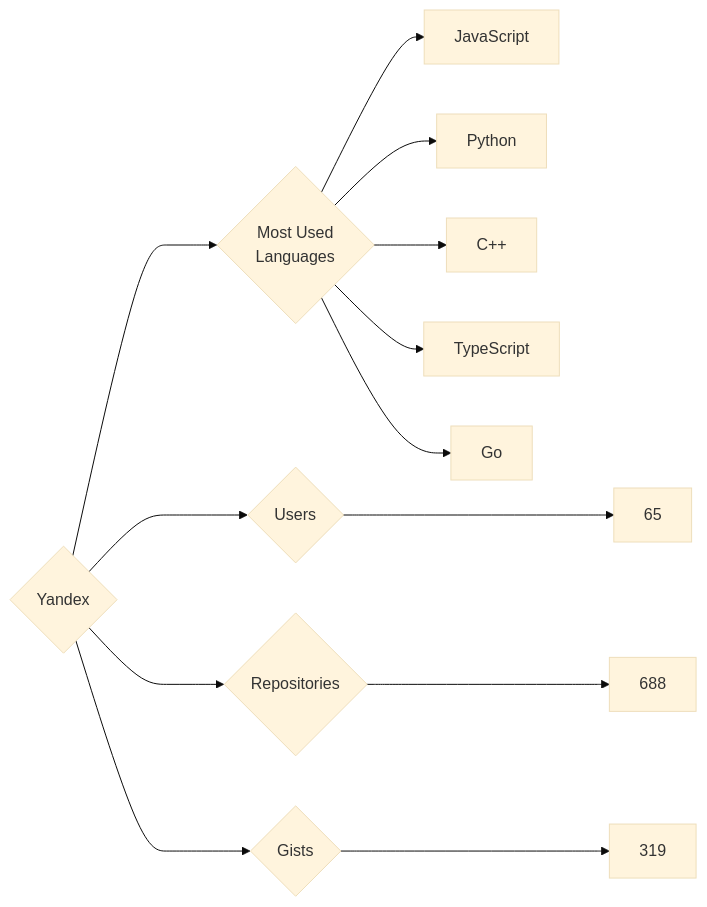
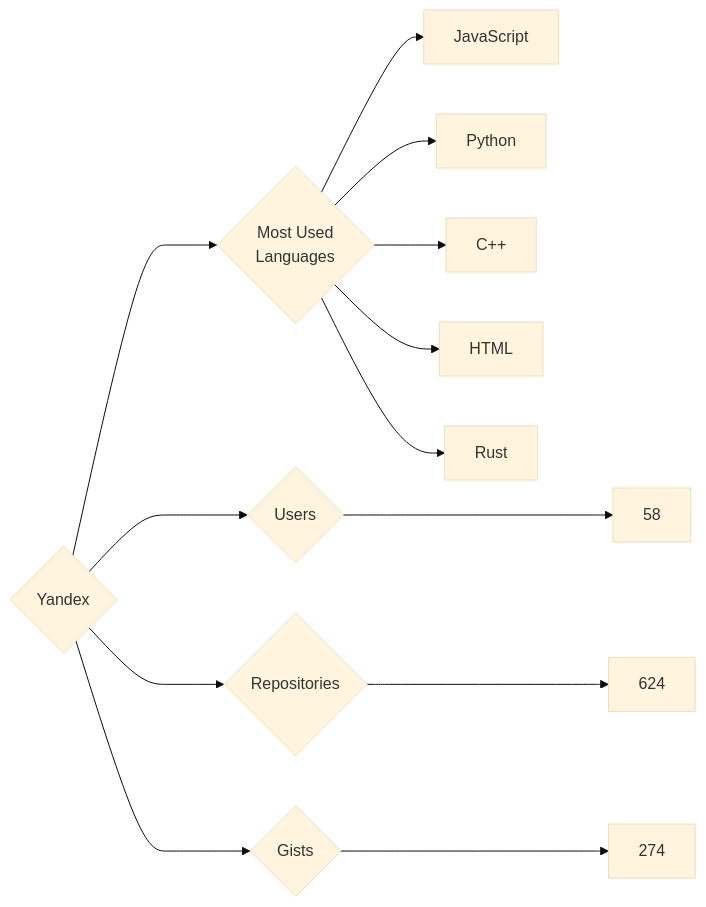
One commit to trickest/insiders changed the diagram in targets/Yandex/README.md. Above: the diagram before and after it, drawn with Mermaid (base theme). The commit also changed 940 other files, not shown here.

````diff
--- a/targets/Yandex/README.md
+++ b/targets/Yandex/README.md
@@ -3,13 +3,13 @@
 ```mermaid
 graph LR
 COMPANY_NAME{Yandex}
-COMPANY_NAME ---> U{Users} ---> UN[65]
-COMPANY_NAME ---> R{Repositories} ---> RN[688]
-COMPANY_NAME ---> G{Gists} ---> GN[319]
+COMPANY_NAME ---> U{Users} ---> UN[58]
+COMPANY_NAME ---> R{Repositories} ---> RN[624]
+COMPANY_NAME ---> G{Gists} ---> GN[274]
 COMPANY_NAME ---> ML{Most Used<br>Languages}
 ML --> JavaScript[JavaScript]
 ML --> Python[Python]
 ML --> C++[C++]
-ML --> TypeScript[TypeScript]
-ML --> Go[Go]
+ML --> HTML[HTML]
+ML --> Rust[Rust]
 ```
````
